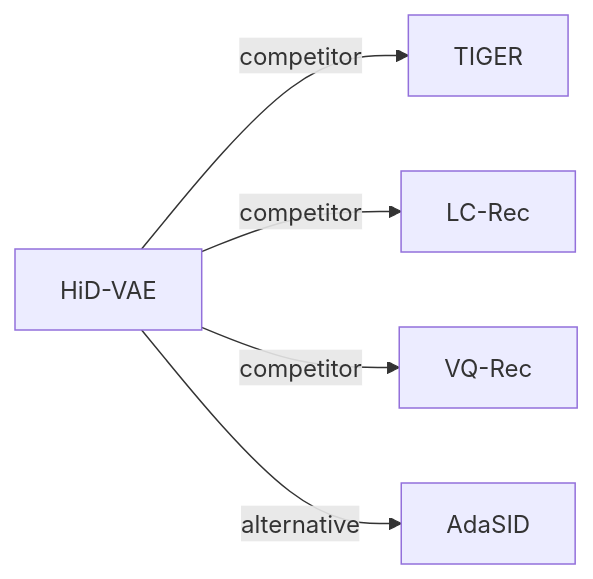
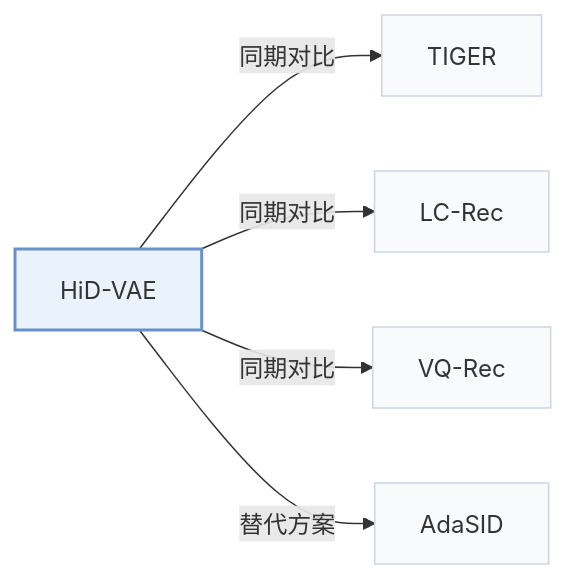
The third of 3 diagrams in pages/zh/papers/hid-vae.md (Galaxy-ghost/Awesome-SID-Generative-Rec), drawn with Mermaid before and after one commit. The commit also changed other lines of this file and 649 other files, not shown here.

Commit message:
writer-05: also tags and modality index (schema, check, build, visuals); summary field removed; calibration data for 12 papers

````diff
--- a/pages/zh/papers/hid-vae.md
+++ b/pages/zh/papers/hid-vae.md
@@ -126,8 +139,12 @@
 ```mermaid
 flowchart LR
     P["HiD-VAE"]
-    P -->|competitor| A["TIGER"]
-    P -->|competitor| B["LC-Rec"]
-    P -->|competitor| C["VQ-Rec"]
-    P -->|alternative| D["AdaSID"]
+    P -->|"同期对比"| A["TIGER"]
+    P -->|"同期对比"| B["LC-Rec"]
+    P -->|"同期对比"| C["VQ-Rec"]
+    P -->|"替代方案"| D["AdaSID"]
+    classDef main fill:#eaf2fb,stroke:#6b8fc7,stroke-width:2px
+    classDef peer fill:#f8fafc,stroke:#cbd5e1
+    class P main
+    class A,B,C,D peer
 ```
````
